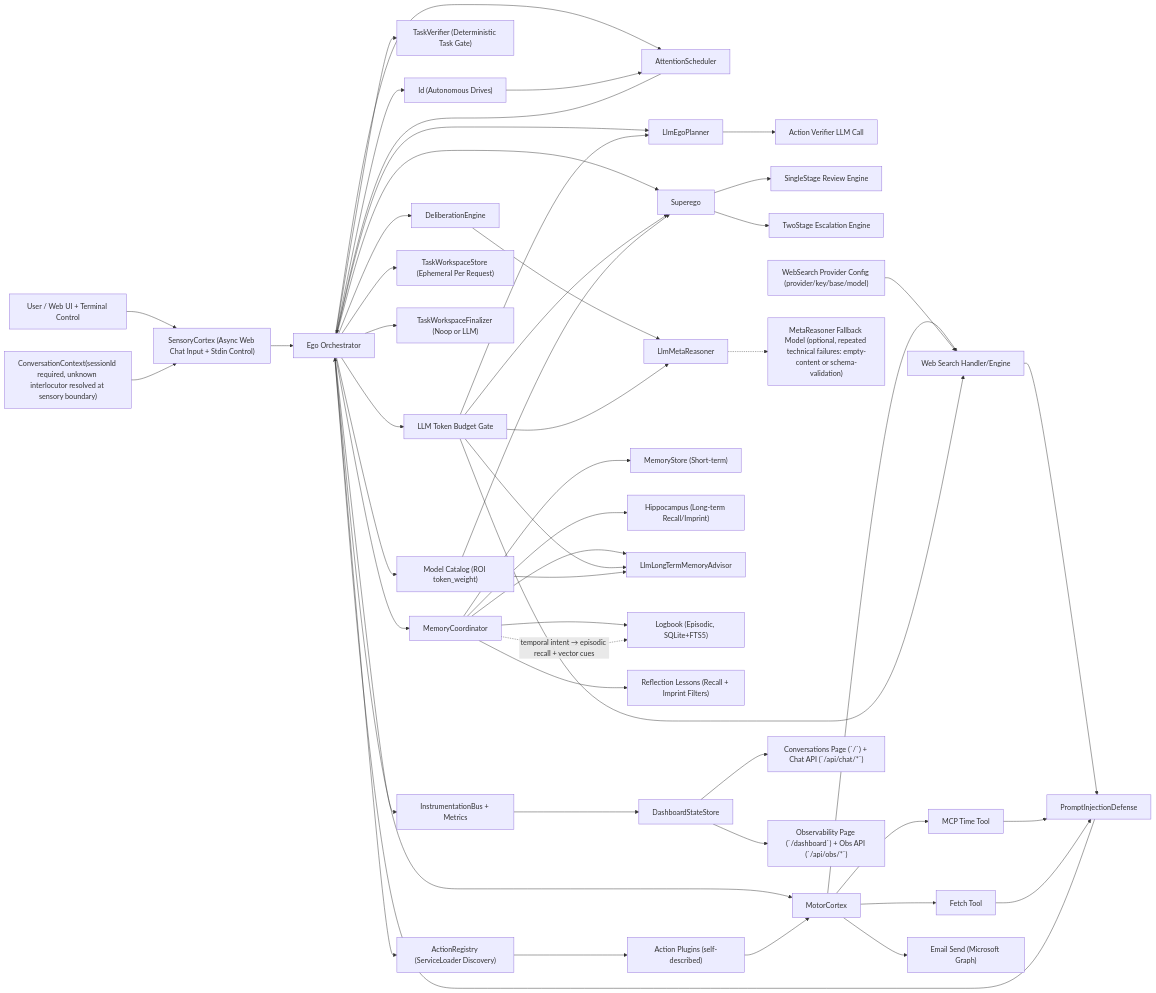
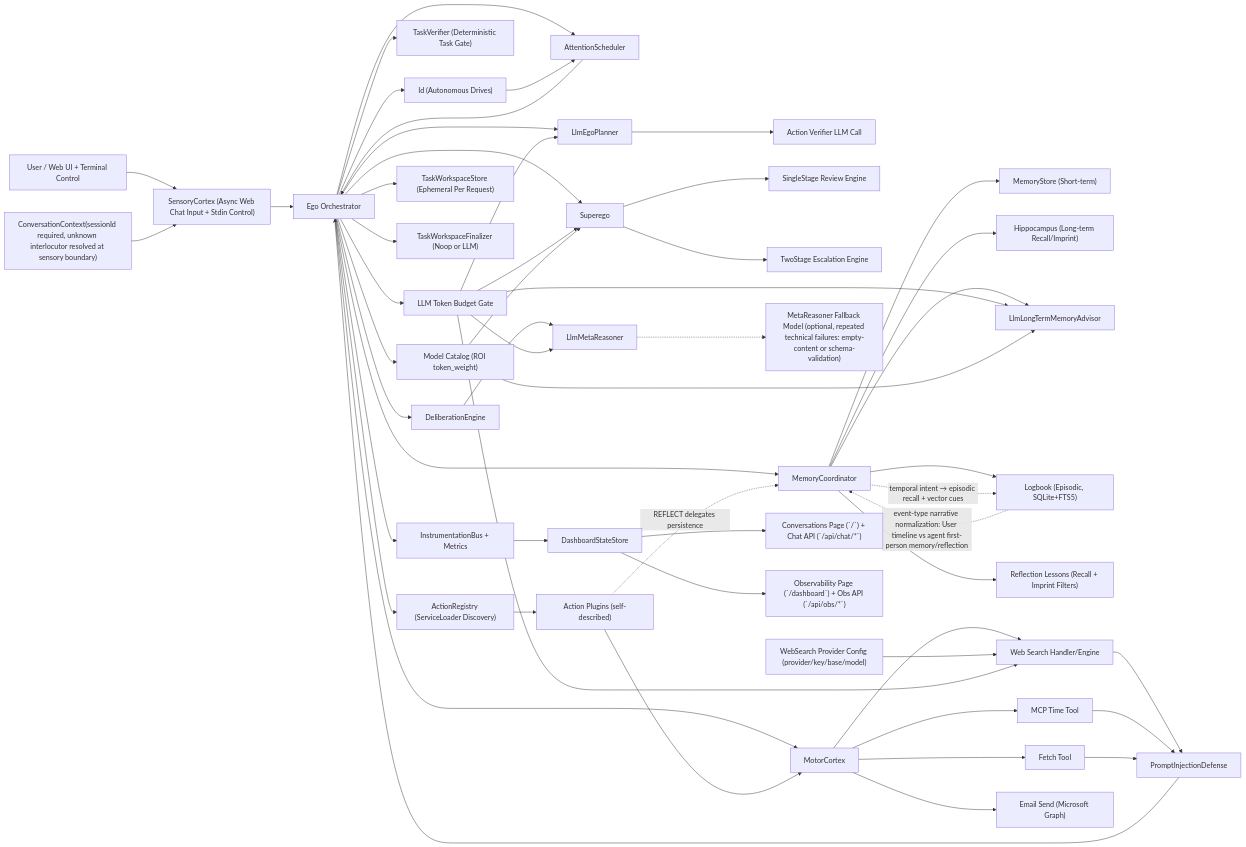
The first of 6 diagrams in AGENT_LOGIC_DIAGRAM.md (neopsyke/NeoPsyke), drawn with Mermaid before and after one commit. The commit also changed other lines of this file and 17 other files, not shown here.

Commit message:
refactor(memory): centralize reflection persistence and narrative perspective

````diff
--- a/AGENT_LOGIC_DIAGRAM.md
+++ b/AGENT_LOGIC_DIAGRAM.md
@@ -8,62 +8,64 @@
 ```mermaid
 flowchart LR
     U["User / Web UI + Terminal Control"] --> SC["SensoryCortex (Async Web Chat Input + Stdin Control)"]
     SC --> E["Ego Orchestrator"]
     NoteCtx["ConversationContext(sessionId required, unknown interlocutor resolved at sensory boundary)"] --> SC
 
     E --> AS["AttentionScheduler"]
     AS --> E
     ID["Id (Autonomous Drives)"] --> AS
     E --> ID
 
     E --> P["LlmEgoPlanner"]
     P --> AV["Action Verifier LLM Call"]
     E --> TV["TaskVerifier (Deterministic Task Gate)"]
     E --> S["Superego"]
     S --> S1["SingleStage Review Engine"]
     S --> S2["TwoStage Escalation Engine"]
     E --> AR["ActionRegistry (ServiceLoader Discovery)"]
     E --> M["MotorCortex"]
     E --> BG["LLM Token Budget Gate"]
     E --> MCat["Model Catalog (ROI token_weight)"]
 
     E --> DE["DeliberationEngine"]
     DE --> MR["LlmMetaReasoner"]
     MR -.-> MRF["MetaReasoner Fallback Model (optional, repeated technical failures: empty-content or schema-validation)"]
 
     E --> MC["MemoryCoordinator"]
     MC --> MS["MemoryStore (Short-term)"]
     MC --> H["Hippocampus (Long-term Recall/Imprint)"]
     MC --> LTM["LlmLongTermMemoryAdvisor"]
     MC --> LB["Logbook (Episodic, SQLite+FTS5)"]
+    LB -.->|"event-type narrative normalization: User timeline vs agent first-person memory/reflection"| MC
     MC --> RL["Reflection Lessons (Recall + Imprint Filters)"]
     MC -.->|"temporal intent → episodic recall + vector cues"| LB
     E --> TWS["TaskWorkspaceStore (Ephemeral Per Request)"]
     E --> TWF["TaskWorkspaceFinalizer (Noop or LLM)"]
 
     AR --> AP["Action Plugins (self-described)"]
     AP --> M
+    AP -.->|"REFLECT delegates persistence"| MC
 
     M --> WS["Web Search Handler/Engine"]
     CfgWS["WebSearch Provider Config (provider/key/base/model)"] --> WS
     M --> MT["MCP Time Tool"]
     M --> MF["Fetch Tool"]
     M --> EM["Email Send (Microsoft Graph)"]
     WS --> PID["PromptInjectionDefense"]
     MT --> PID
     MF --> PID
     PID --> E
 
     BG --> P
     BG --> S
     BG --> MR
     BG --> LTM
     BG --> WS
     MCat --> S
     MCat --> LTM
 
     E --> I["InstrumentationBus + Metrics"]
     I --> DS["DashboardStateStore"]
     DS --> CP["Conversations Page (`/`) + Chat API (`/api/chat/*`)"]
     DS --> OP["Observability Page (`/dashboard`) + Obs API (`/api/obs/*`)"]
 ```
````
